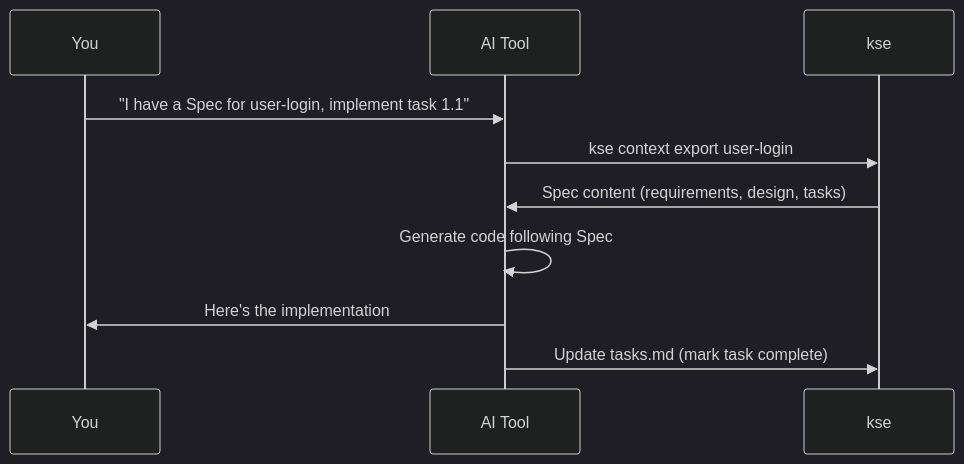
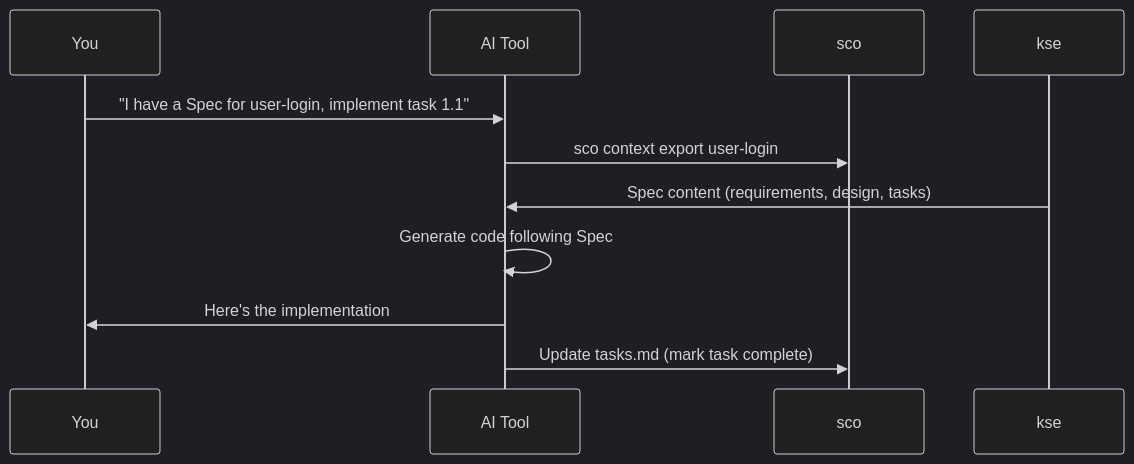
Before and after one commit to LuChangQiu/kiro-spec-engine: the second of 2 diagrams in README.md, drawn with Mermaid (dark theme). The commit also changed other lines of this file and 14 other files, not shown here.

````diff
--- a/README.md
+++ b/README.md
@@ -226,12 +227,12 @@
 ```mermaid
 sequenceDiagram
     participant You
     participant AI Tool
-    participant kse
+    participant sco
     You->>AI Tool: "I have a Spec for user-login, implement task 1.1"
-    AI Tool->>kse: kse context export user-login
+    AI Tool->>sco: sco context export user-login
     kse->>AI Tool: Spec content (requirements, design, tasks)
     AI Tool->>AI Tool: Generate code following Spec
     AI Tool->>You: Here's the implementation
-    AI Tool->>kse: Update tasks.md (mark task complete)
+    AI Tool->>sco: Update tasks.md (mark task complete)
 ```
````
